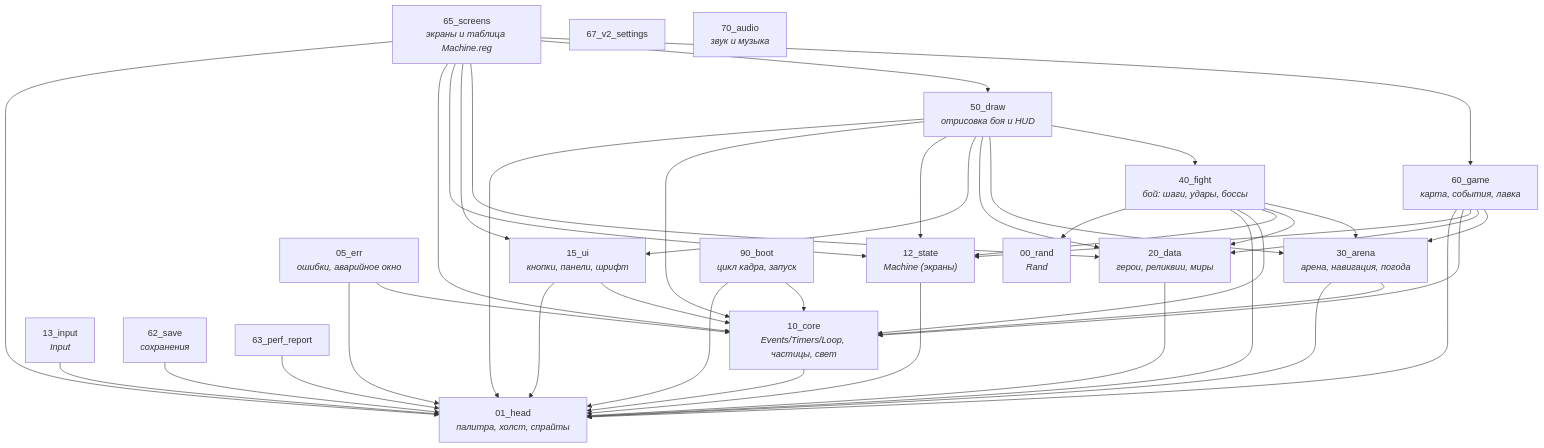
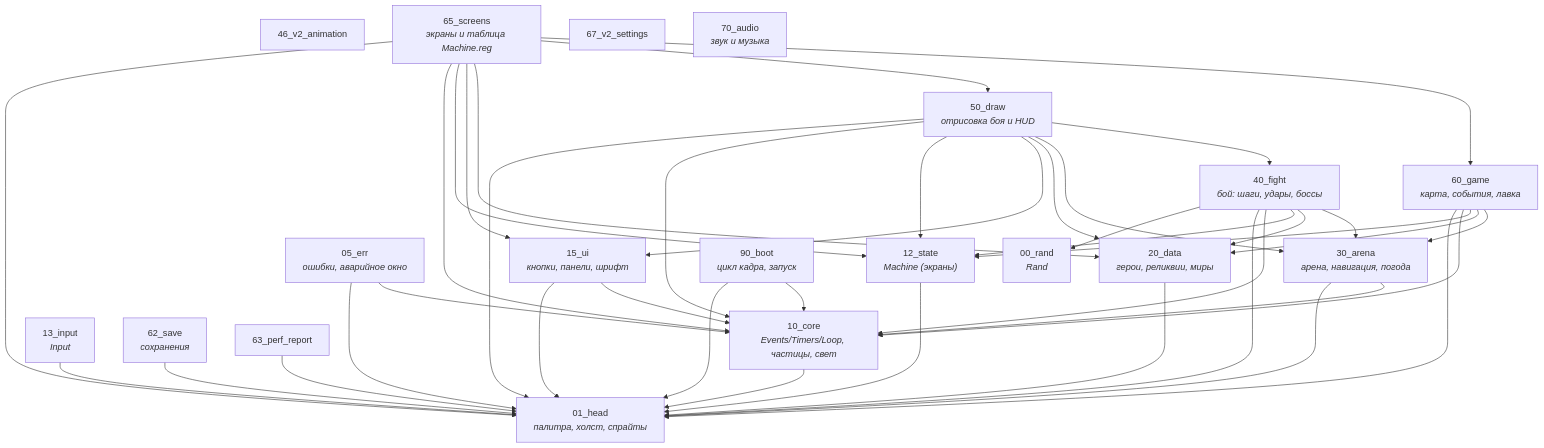
One commit to pampirapik2008-del/- changed the first of 2 diagrams in docs/ARCHITECTURE.md. Above: the diagram before and after it, drawn with Mermaid. The commit also changed other lines of this file and 39 other files, not shown here.

````diff
--- a/docs/ARCHITECTURE.md
+++ b/docs/ARCHITECTURE.md
@@ -53,60 +53,61 @@
 ```mermaid
 flowchart TB
     00_rand["00_rand<br/><i>Rand</i>"]
     01_head["01_head<br/><i>палитра, холст, спрайты</i>"]
     05_err["05_err<br/><i>ошибки, аварийное окно</i>"]
     10_core["10_core<br/><i>Events/Timers/Loop, частицы, свет</i>"]
     12_state["12_state<br/><i>Machine (экраны)</i>"]
     13_input["13_input<br/><i>Input</i>"]
     15_ui["15_ui<br/><i>кнопки, панели, шрифт</i>"]
     20_data["20_data<br/><i>герои, реликвии, миры</i>"]
     30_arena["30_arena<br/><i>арена, навигация, погода</i>"]
     40_fight["40_fight<br/><i>бой: шаги, удары, боссы</i>"]
+    46_v2_animation["46_v2_animation<br/><i></i>"]
     50_draw["50_draw<br/><i>отрисовка боя и HUD</i>"]
     60_game["60_game<br/><i>карта, события, лавка</i>"]
     62_save["62_save<br/><i>сохранения</i>"]
     63_perf_report["63_perf_report<br/><i></i>"]
     65_screens["65_screens<br/><i>экраны и таблица Machine.reg</i>"]
     67_v2_settings["67_v2_settings<br/><i></i>"]
     70_audio["70_audio<br/><i>звук и музыка</i>"]
     90_boot["90_boot<br/><i>цикл кадра, запуск</i>"]
     05_err --> 01_head
     05_err --> 10_core
     10_core --> 01_head
     12_state --> 01_head
     13_input --> 01_head
     15_ui --> 01_head
     15_ui --> 10_core
     20_data --> 01_head
     30_arena --> 01_head
     30_arena --> 10_core
     40_fight --> 00_rand
     40_fight --> 01_head
     40_fight --> 10_core
     40_fight --> 12_state
     40_fight --> 20_data
     40_fight --> 30_arena
     50_draw --> 01_head
     50_draw --> 10_core
     50_draw --> 12_state
     50_draw --> 15_ui
     50_draw --> 20_data
     50_draw --> 30_arena
     50_draw --> 40_fight
     60_game --> 01_head
     60_game --> 10_core
     60_game --> 12_state
     60_game --> 20_data
     60_game --> 30_arena
     62_save --> 01_head
     63_perf_report --> 01_head
     65_screens --> 01_head
     65_screens --> 10_core
     65_screens --> 12_state
     65_screens --> 15_ui
     65_screens --> 20_data
     65_screens --> 50_draw
     65_screens --> 60_game
     90_boot --> 01_head
     90_boot --> 10_core
 ```
````
